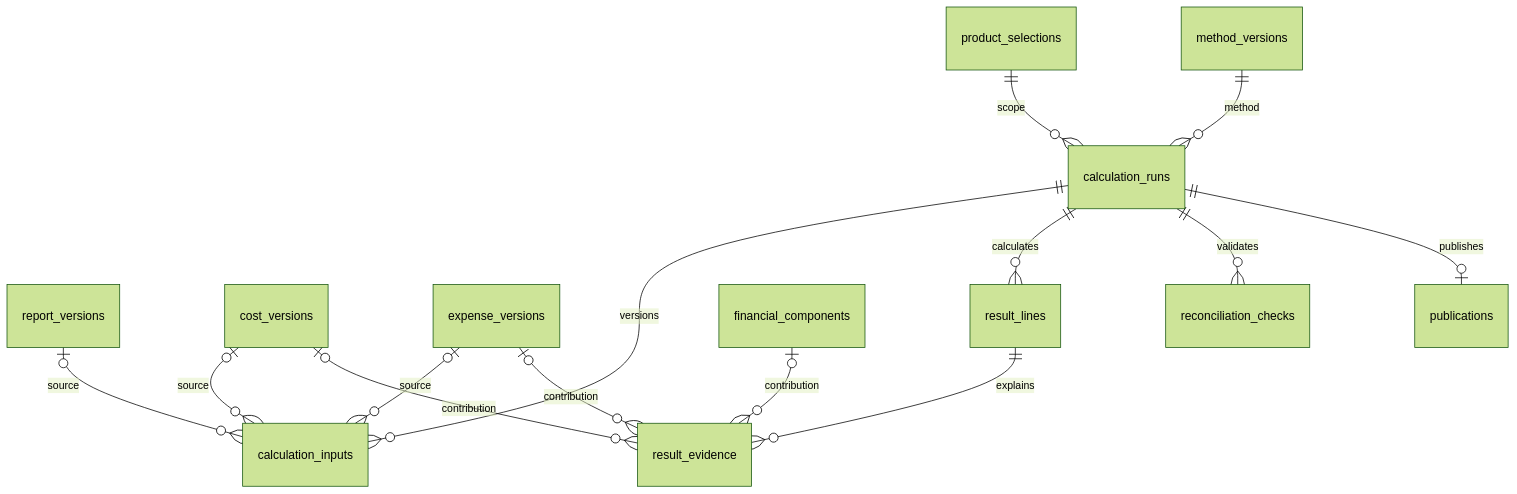
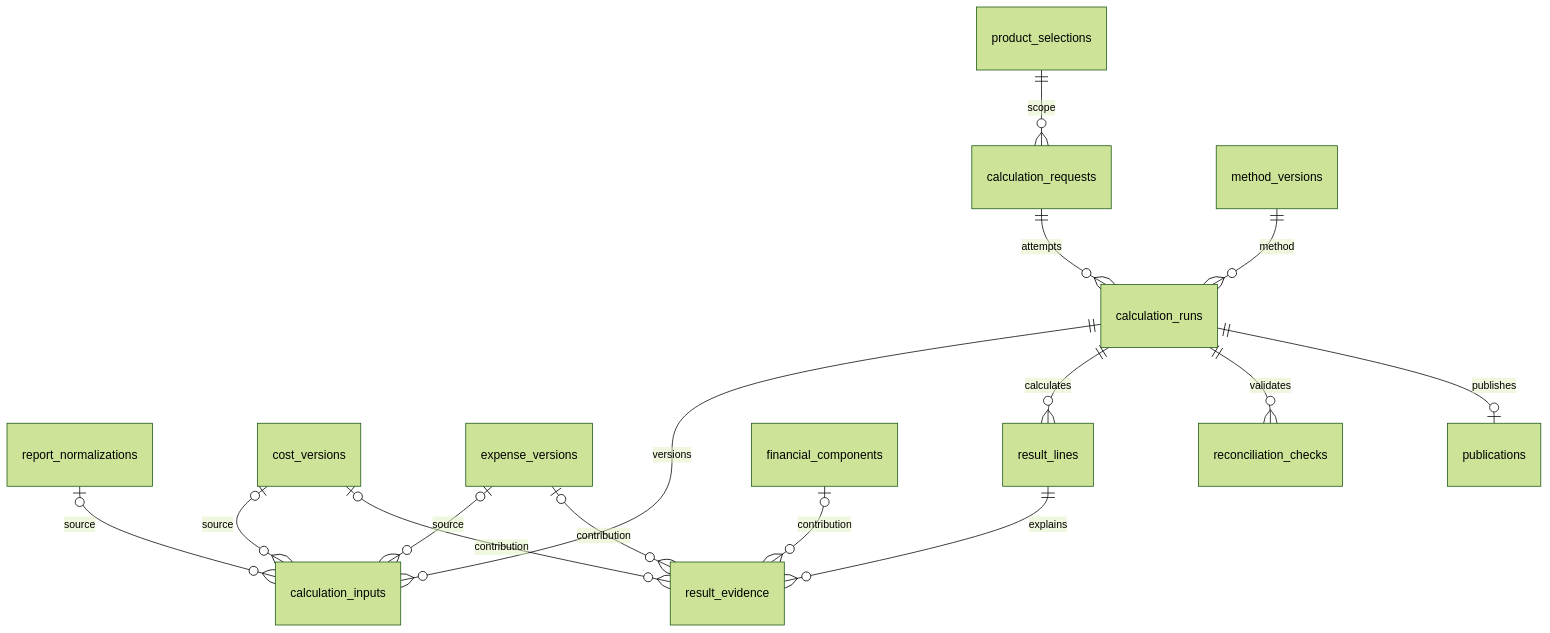
The fifth of 6 diagrams in outputs/database-v1.md (bessdelnik79/Marketplace-Control), drawn with Mermaid (forest theme) before and after one commit. The commit also changed other lines of this file and 18 other files, not shown here.

````diff
--- a/outputs/database-v1.md
+++ b/outputs/database-v1.md
@@ -122,16 +123,17 @@
 ```mermaid
 erDiagram
-    product_selections ||--o{ calculation_runs : scope
+    product_selections ||--o{ calculation_requests : scope
+    calculation_requests ||--o{ calculation_runs : attempts
     method_versions ||--o{ calculation_runs : method
     calculation_runs ||--o{ calculation_inputs : versions
-    report_versions o|--o{ calculation_inputs : source
+    report_normalizations o|--o{ calculation_inputs : source
     cost_versions o|--o{ calculation_inputs : source
     expense_versions o|--o{ calculation_inputs : source
     calculation_runs ||--o{ result_lines : calculates
     result_lines ||--o{ result_evidence : explains
     financial_components o|--o{ result_evidence : contribution
     cost_versions o|--o{ result_evidence : contribution
     expense_versions o|--o{ result_evidence : contribution
     calculation_runs ||--o{ reconciliation_checks : validates
     calculation_runs ||--o| publications : publishes
 ```
````
